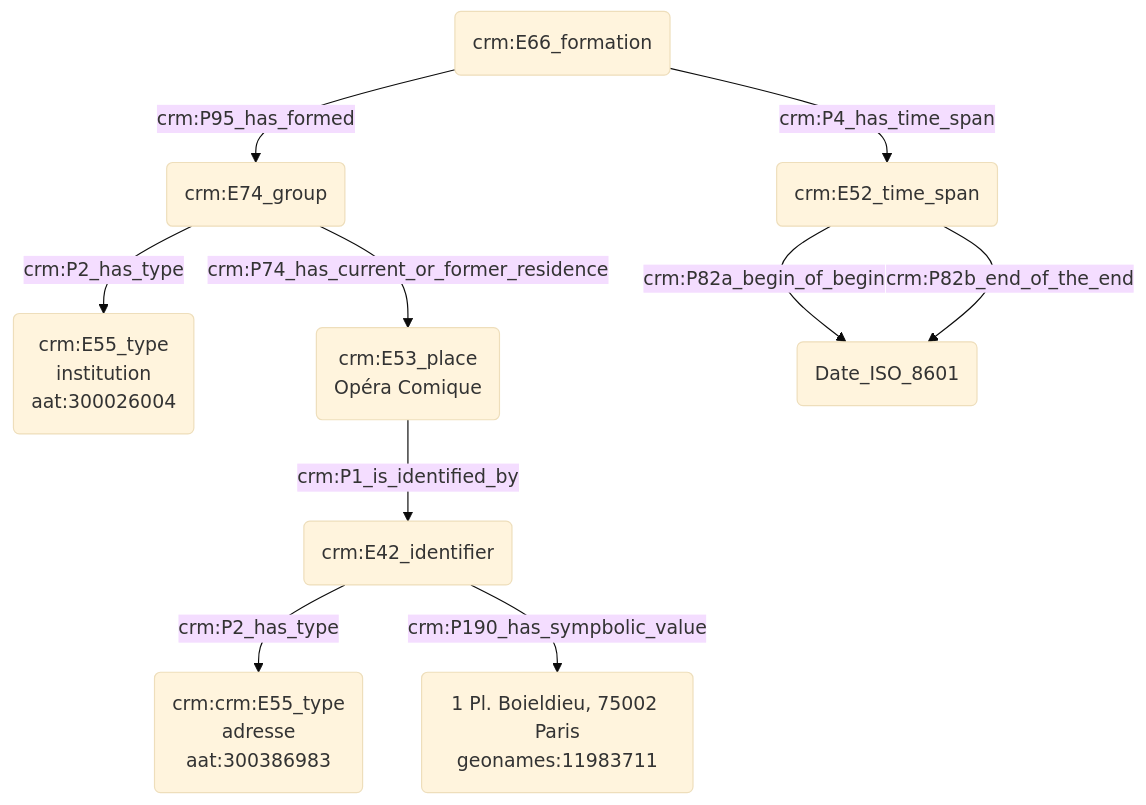
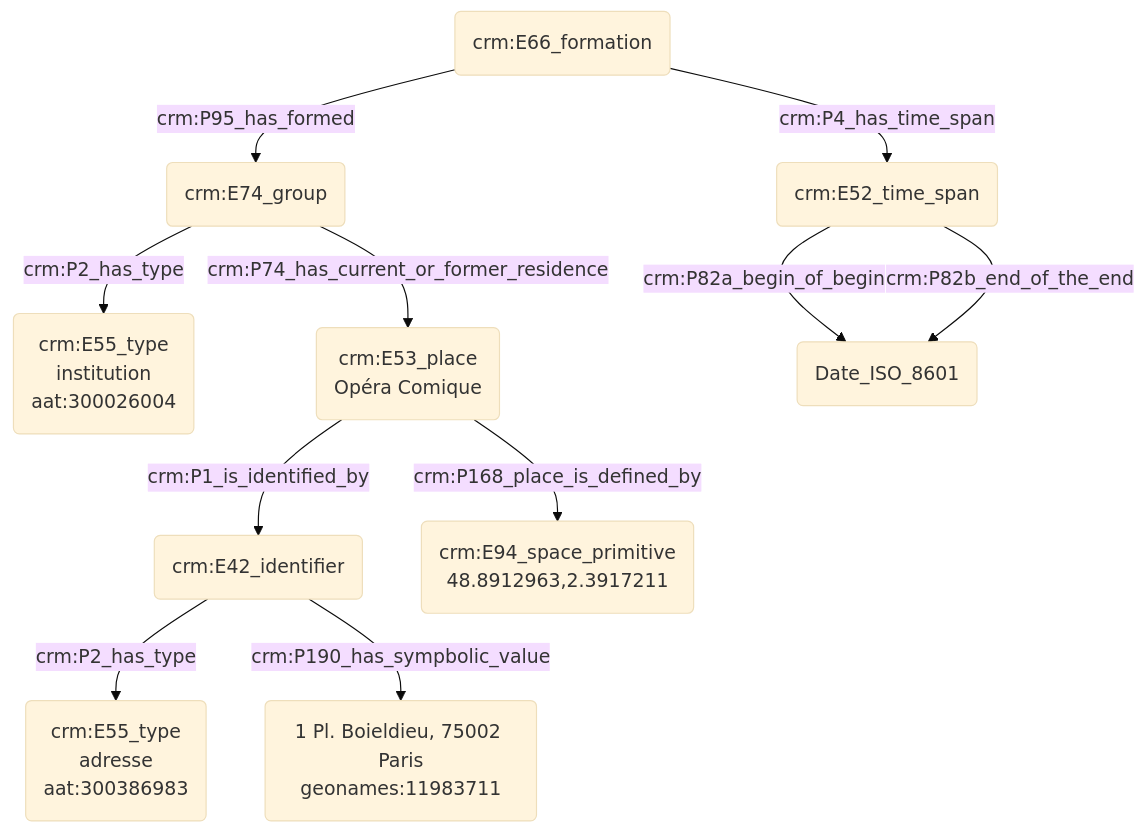
Before and after one commit to Amleth/consortium-musica2-gt2-ontologies: the diagram in modules/livrables/Dossier 2/Prosopographie/modélisation d'une institution.md, drawn with Mermaid (base theme).

Commit message:
Update modélisation d'une institution.md

````diff
--- a/modules/livrables/Dossier 2/Prosopographie/modélisation d'une institution.md
+++ b/modules/livrables/Dossier 2/Prosopographie/modélisation d'une institution.md
@@ -17,15 +17,16 @@
 ```mermaid
 graph TD;
 
 A(crm:E74_group) -->|crm:P2_has_type| B(crm:E55_type<br>institution<br>aat:300026004)
 A(crm:E74_group) -->|crm:P74_has_current_or_former_residence| C(crm:E53_place<br>Opéra Comique)
-C(crm:E53_place<br>Opéra Comique) --> |crm:P1_is_identified_by| M(crm:E42_identifier) 
-M(crm:E42_identifier) --> |crm:P2_has_type| N(crm:crm:E55_type<br>adresse<br>aat:300386983)
+C(crm:E53_place<br>Opéra Comique) --> |crm:P1_is_identified_by| M(crm:E42_identifier)
+C(crm:E53_place<br>Opéra Comique) -->|crm:P168_place_is_defined_by| S(crm:E94_space_primitive<br>48.8912963,2.3917211)
+M(crm:E42_identifier) --> |crm:P2_has_type| N(crm:E55_type<br>adresse<br>aat:300386983)
 M(crm:E42_identifier) --> |crm:P190_has_sympbolic_value| O(1 Pl. Boieldieu, 75002 Paris<br>geonames:11983711)
 
 G(crm:E66_formation)  -->|crm:P95_has_formed| A(crm:E74_group)
 G(crm:E66_formation) -->|crm:P4_has_time_span| E(crm:E52_time_span)
 E(crm:E52_time_span) -->|crm:P82a_begin_of_begin| F(Date_ISO_8601)
 E(crm:E52_time_span) -->|crm:P82b_end_of_the_end| F(Date_ISO_8601)
 
 ```
````
